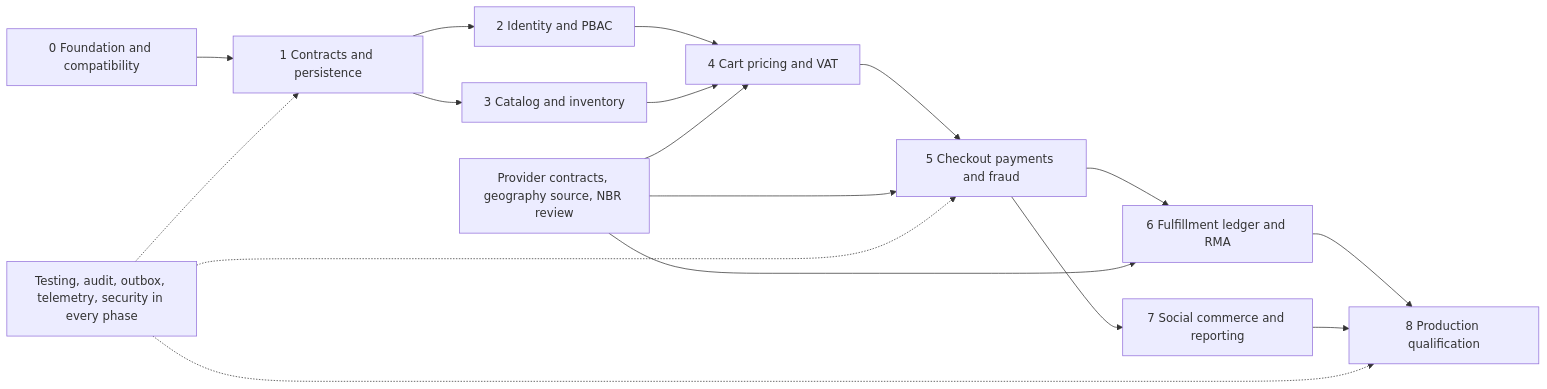
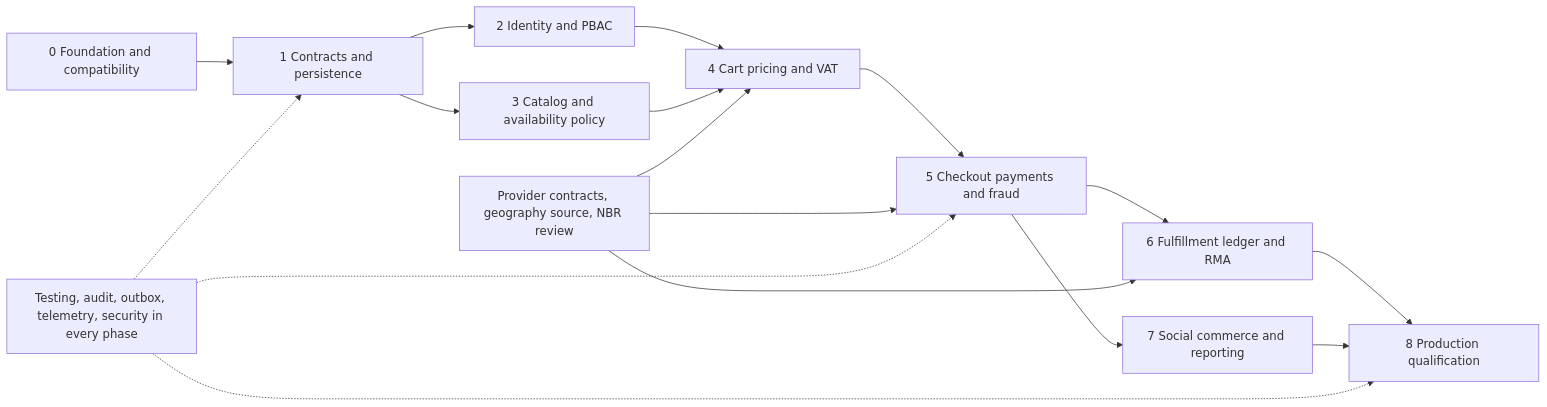
Before and after one commit to aarajops/aaraj: the diagram in docs/architecture/ecommerce-implementation-roadmap.md, drawn with Mermaid. The commit also changed other lines of this file and 43 other files, not shown here.

````diff
--- a/docs/architecture/ecommerce-implementation-roadmap.md
+++ b/docs/architecture/ecommerce-implementation-roadmap.md
@@ -34,19 +40,19 @@
 ```mermaid
 flowchart LR
   P0["0 Foundation and compatibility"] --> P1["1 Contracts and persistence"]
   P1 --> P2["2 Identity and PBAC"]
-  P1 --> P3["3 Catalog and inventory"]
+  P1 --> P3["3 Catalog and availability policy"]
   P2 --> P4["4 Cart pricing and VAT"]
   P3 --> P4
   P4 --> P5["5 Checkout payments and fraud"]
   P5 --> P6["6 Fulfillment ledger and RMA"]
   P5 --> P7["7 Social commerce and reporting"]
   P6 --> P8["8 Production qualification"]
   P7 --> P8
   X["Provider contracts, geography source, NBR review"] --> P4
   X --> P5
   X --> P6
   Y["Testing, audit, outbox, telemetry, security in every phase"] -.-> P1
   Y -.-> P5
   Y -.-> P8
 ```
````
